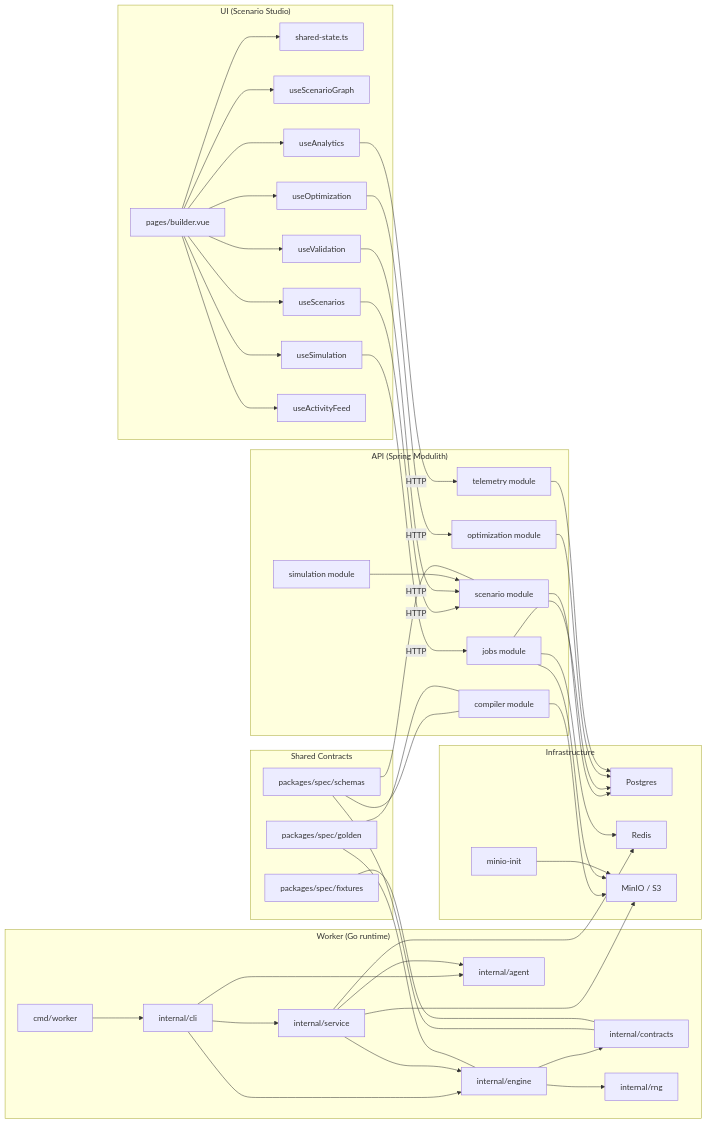
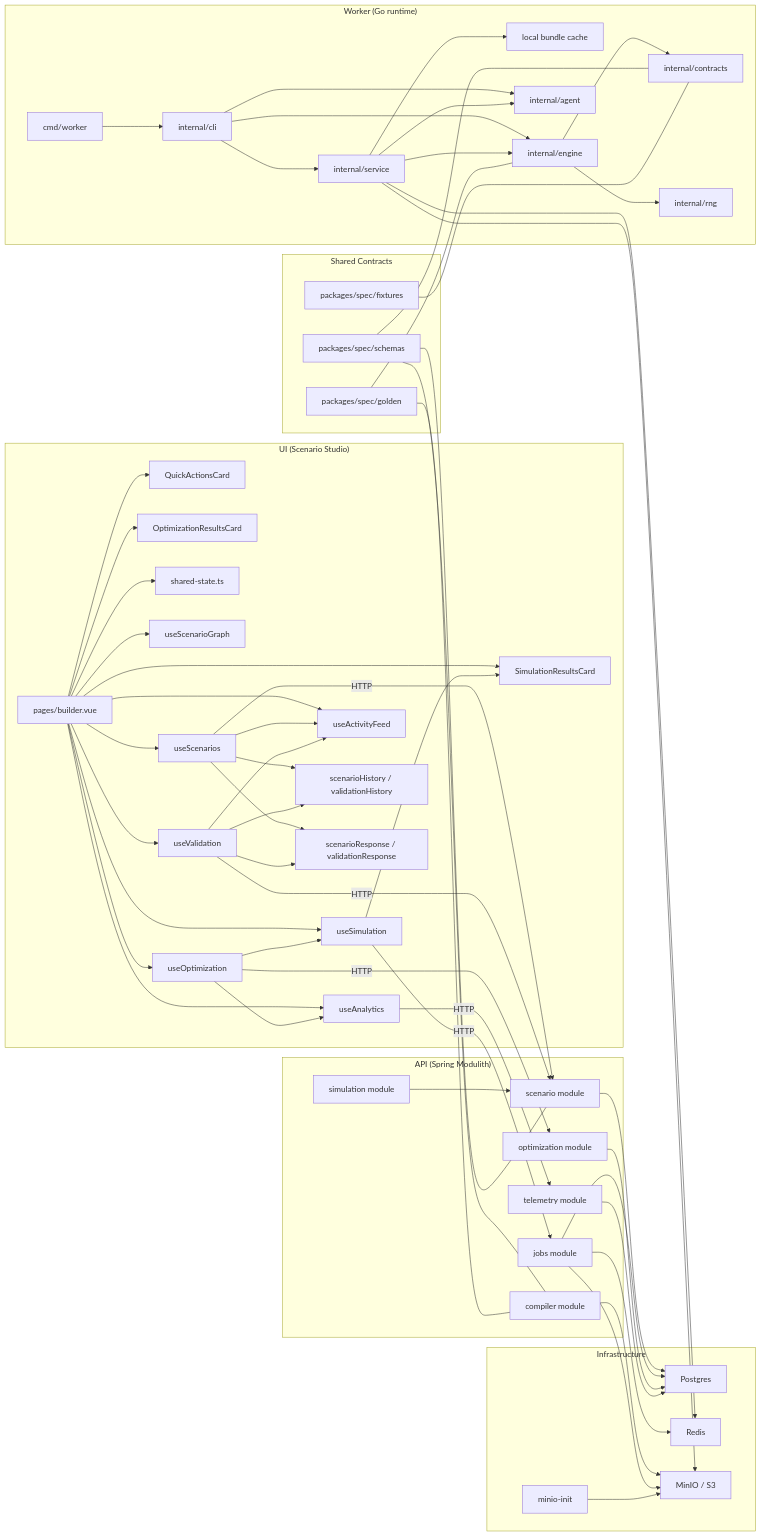
Before and after one commit to danagbemava/athanor: the first of 4 diagrams in docs/architecture/knowledge-graph.md, drawn with Mermaid. The commit also changed other lines of this file and 1 other file, not shown here.

Commit message:
Finalize knowledge graph details

```diff
--- a/docs/architecture/knowledge-graph.md
+++ b/docs/architecture/knowledge-graph.md
@@ -25,6 +26,9 @@
 flowchart LR
   subgraph UI["UI (Scenario Studio)"]
     Builder["pages/builder.vue"]
+    QuickActions["QuickActionsCard"]
+    SimulationCard["SimulationResultsCard"]
+    OptimizationCard["OptimizationResultsCard"]
     SharedState["shared-state.ts"]
     Graph["useScenarioGraph"]
     Validation["useValidation"]
@@ -33,6 +37,8 @@
     Optimization["useOptimization"]
     Analytics["useAnalytics"]
     Activity["useActivityFeed"]
+    LocalHistory["scenarioHistory / validationHistory"]
+    AuthoringResult["scenarioResponse / validationResponse"]
   end
 
   subgraph API["API (Spring Modulith)"]
@@ -48,6 +54,7 @@
     WorkerEntry["cmd/worker"]
     WorkerCli["internal/cli"]
     WorkerService["internal/service"]
+    WorkerCache["local bundle cache"]
     WorkerEngine["internal/engine"]
     WorkerAgent["internal/agent"]
     WorkerContracts["internal/contracts"]
@@ -75,12 +82,24 @@
   Builder --> Optimization
   Builder --> Analytics
   Builder --> Activity
+  Builder --> QuickActions
+  Builder --> SimulationCard
+  Builder --> OptimizationCard
 
   Scenarios -->|"HTTP"| Scenario
   Validation -->|"HTTP"| Scenario
   Simulation -->|"HTTP"| Jobs
   Optimization -->|"HTTP"| Opt
   Analytics -->|"HTTP"| Telemetry
+  Scenarios --> AuthoringResult
+  Validation --> AuthoringResult
+  Scenarios --> Activity
+  Validation --> Activity
+  Scenarios --> LocalHistory
+  Validation --> LocalHistory
+  Optimization --> Simulation
+  Optimization --> Analytics
+  Simulation --> SimulationCard
 
   Scenario --> Postgres
   Compiler --> MinIO
@@ -92,6 +111,7 @@
   Telemetry --> Postgres
   WorkerEntry --> WorkerCli
   WorkerCli --> WorkerService
+  WorkerService --> WorkerCache
   WorkerCli --> WorkerEngine
   WorkerCli --> WorkerAgent
   WorkerService --> Redis
```
